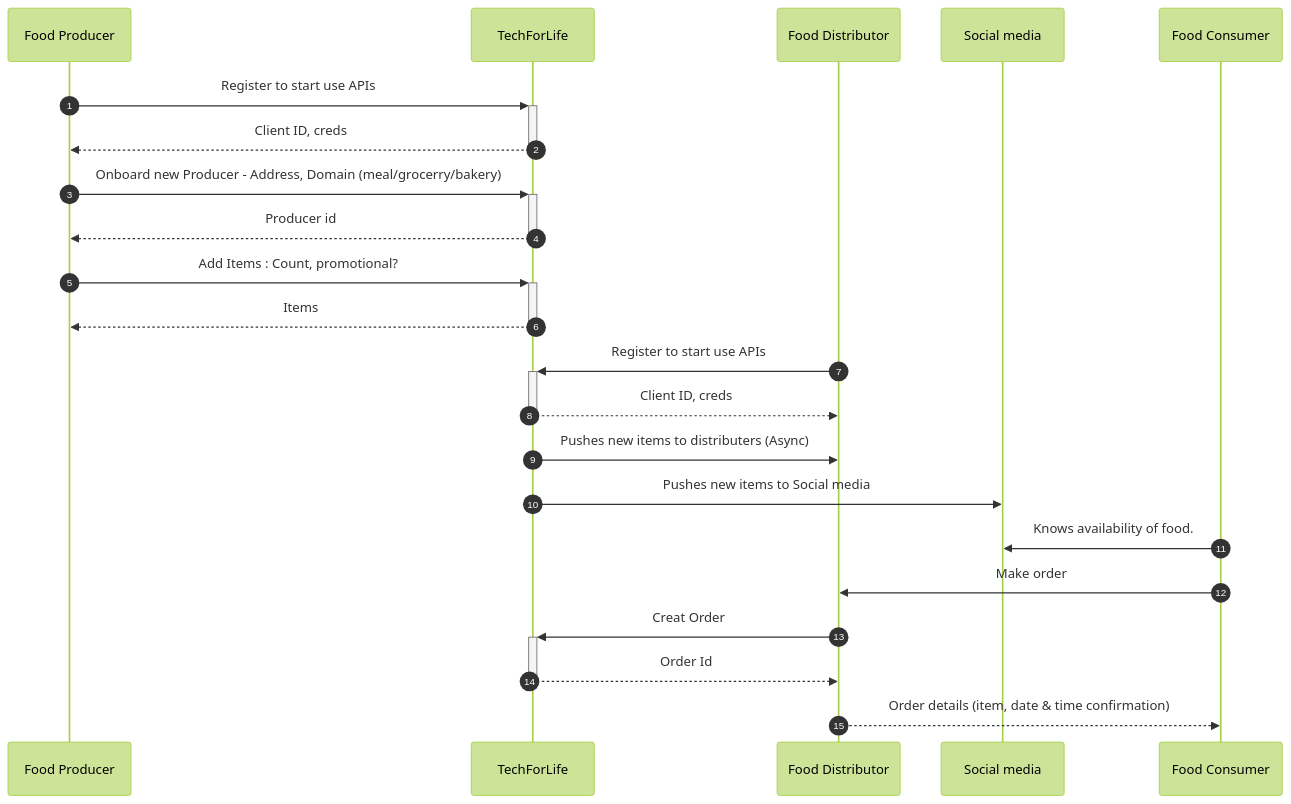
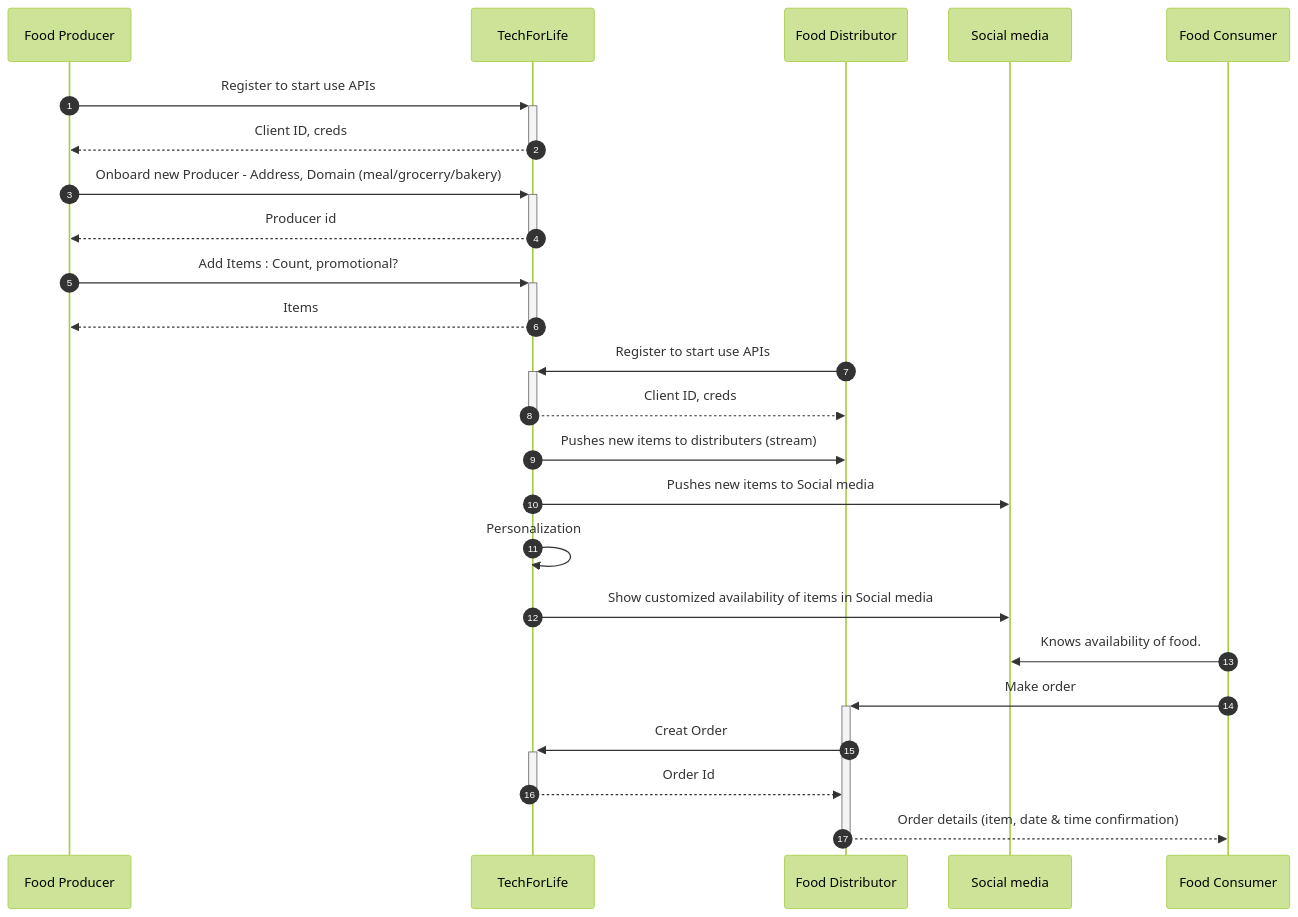
One commit to foodforlife-sreejith824/tech-for-life changed the diagram in README.md. Above: the diagram before and after it, drawn with Mermaid (forest theme). The commit also changed 14 other files, not shown here.

````diff
--- a/README.md
+++ b/README.md
@@ -5,31 +5,34 @@
 ```mermaid
 
 sequenceDiagram
     autonumber
     participant prod as Food Producer
     participant sys as TechForLife
     
     participant dist as Food Distributor
     participant med as Social media
     participant con as Food Consumer
 
     prod ->>+ sys : Register to start use APIs
     sys -->>- prod : Client ID, creds  
 
     prod ->>+ sys : Onboard new Producer - Address, Domain (meal/grocerry/bakery)
     sys -->>- prod : Producer id
     prod ->>+ sys : Add Items : Count, promotional?
     sys -->>- prod : Items
     
     dist ->>+ sys : Register to start use APIs
     sys -->>- dist : Client ID, creds  
 
-    sys ->> dist : Pushes new items to distributers (Async)
+    sys ->> dist : Pushes new items to distributers (stream)
+    
     sys ->> med : Pushes new items to Social media
-    
+    sys ->> sys : Personalization
+    sys ->> med : Show customized availability of items in Social media
+
     con ->> med : Knows availability of food.
-    con ->> dist : Make order
+    con ->>+ dist : Make order
     dist ->>+ sys : Creat Order
     sys -->>- dist : Order Id
-    dist -->> con : Order details (item, date & time confirmation)
+    dist -->>- con : Order details (item, date & time confirmation)
 ```
````
